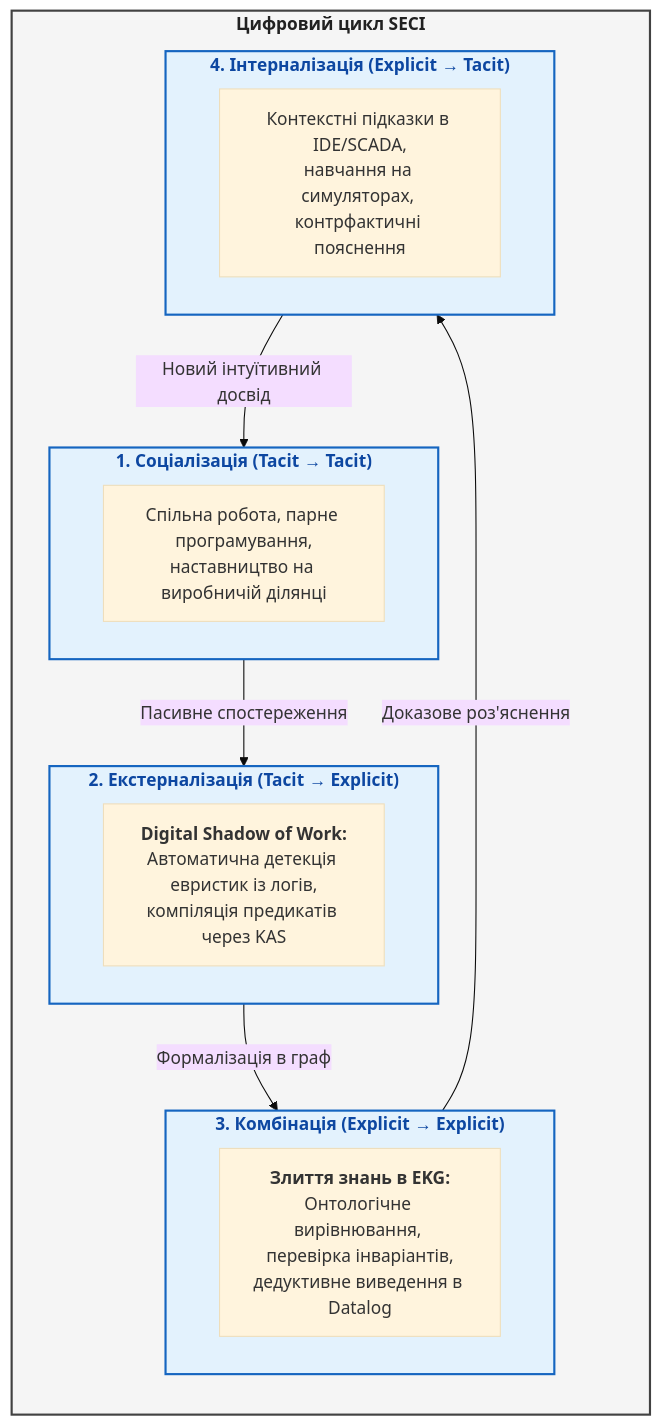
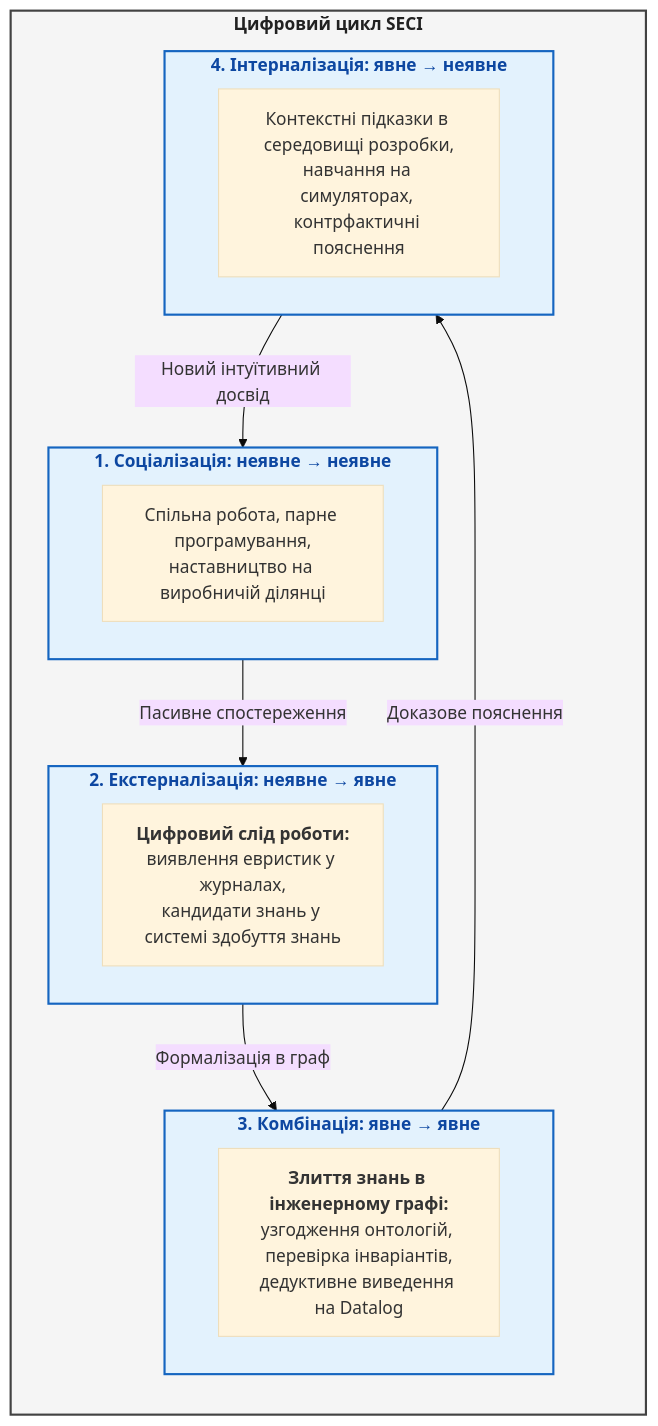
One commit to nick-fedchik/articles changed the fifth of 5 diagrams in ExpertSystem/ch11-knowledge-elicitation-from-experts.md. Above: the diagram before and after it, drawn with Mermaid (base theme). The commit also changed other lines of this file, not shown here.

````diff
--- a/ExpertSystem/ch11-knowledge-elicitation-from-experts.md
+++ b/ExpertSystem/ch11-knowledge-elicitation-from-experts.md
@@ -360,36 +358,36 @@
 ```mermaid
 flowchart TD
-    accTitle: Модель SECI в епоху сучасних експертних систем
-    accDescr: Цикл перетворення знань між неявними та явними формами за участі цифрових інструментів та ШІ.
+    accTitle: Модель SECI у сучасних експертних системах
+    accDescr: Цикл перетворення знань між неявною та явною формами за участі цифрових інструментів.
 
     subgraph SECI["<b>Цифровий цикл SECI</b>"]
         direction TB
 
-        subgraph S_Box["<b>1. Соціалізація (Tacit → Tacit)</b>"]
+        subgraph S_Box["<b>1. Соціалізація: неявне → неявне</b>"]
             S_TXT["Спільна робота, парне програмування,<br/>наставництво на виробничій ділянці"]
         end
 
-        subgraph E_Box["<b>2. Екстерналізація (Tacit → Explicit)</b>"]
-            E_TXT["<b>Digital Shadow of Work:</b><br/>Автоматична детекція евристик із логів,<br/>компіляція предикатів через KAS"]
+        subgraph E_Box["<b>2. Екстерналізація: неявне → явне</b>"]
+            E_TXT["<b>Цифровий слід роботи:</b><br/>виявлення евристик у журналах,<br/>кандидати знань у системі здобуття знань"]
         end
 
-        subgraph C_Box["<b>3. Комбінація (Explicit → Explicit)</b>"]
-            C_TXT["<b>Злиття знань в EKG:</b><br/>Онтологічне вирівнювання, перевірка інваріантів,<br/>дедуктивне виведення в Datalog"]
+        subgraph C_Box["<b>3. Комбінація: явне → явне</b>"]
+            C_TXT["<b>Злиття знань в інженерному графі:</b><br/>узгодження онтологій, перевірка інваріантів,<br/>дедуктивне виведення на Datalog"]
         end
 
-        subgraph I_Box["<b>4. Інтерналізація (Explicit → Tacit)</b>"]
-            I_TXT["Контекстні підказки в IDE/SCADA,<br/>навчання на симуляторах, контрфактичні пояснення"]
+        subgraph I_Box["<b>4. Інтерналізація: явне → неявне</b>"]
+            I_TXT["Контекстні підказки в середовищі розробки,<br/>навчання на симуляторах, контрфактичні пояснення"]
         end
 
         S_Box -->|"Пасивне спостереження"| E_Box
         E_Box -->|"Формалізація в граф"| C_Box
-        C_Box -->|"Доказове роз'яснення"| I_Box
+        C_Box -->|"Доказове пояснення"| I_Box
         I_Box -->|"Новий інтуїтивний досвід"| S_Box
     end
 
     classDef box fill:#f5f5f5,stroke:#424242,stroke-width:2px,color:#212121;
     classDef step fill:#e3f2fd,stroke:#1565c0,stroke-width:2px,color:#0d47a1;
 
     class SECI box;
     class S_Box,E_Box,C_Box,I_Box step;
 ```
````
